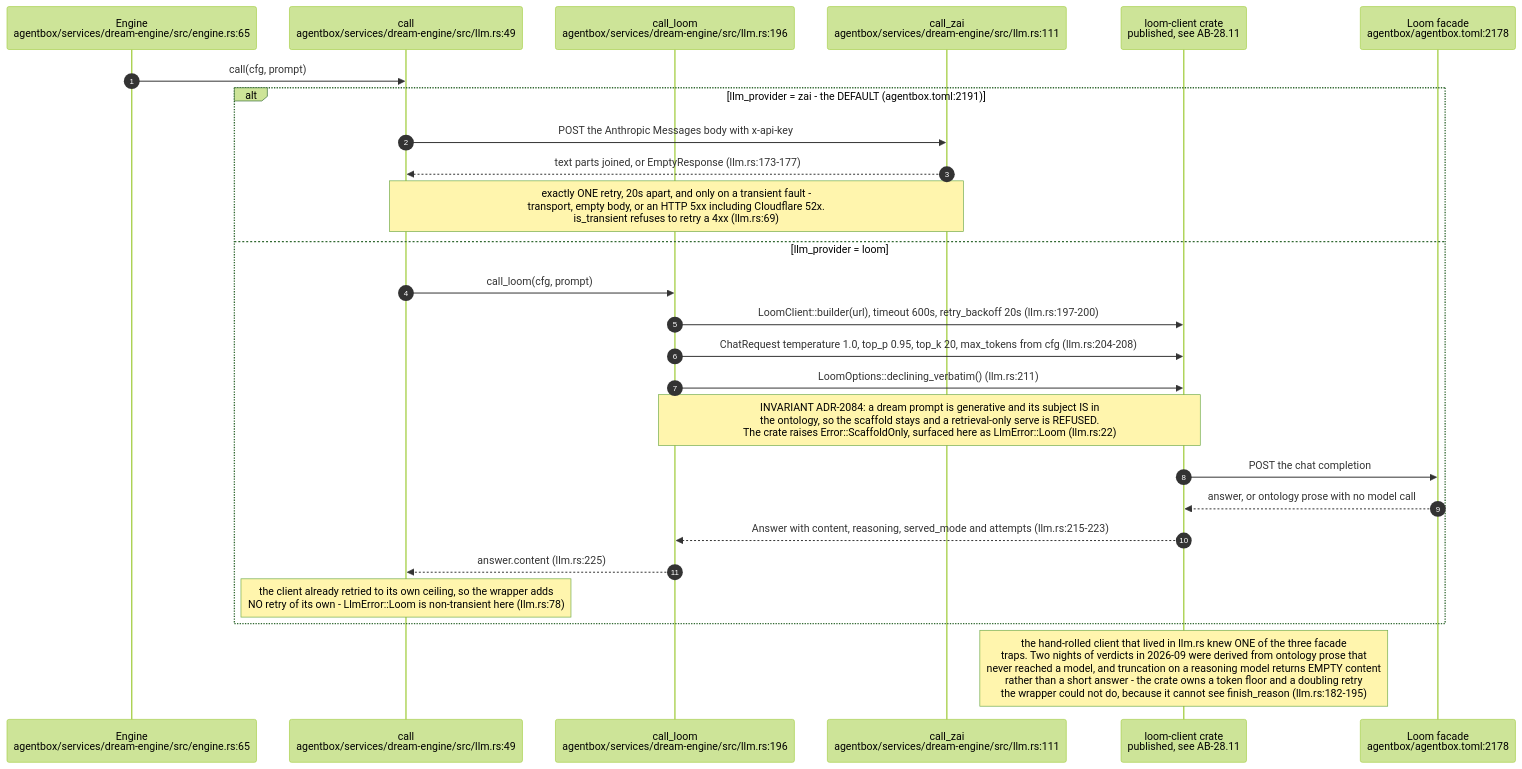
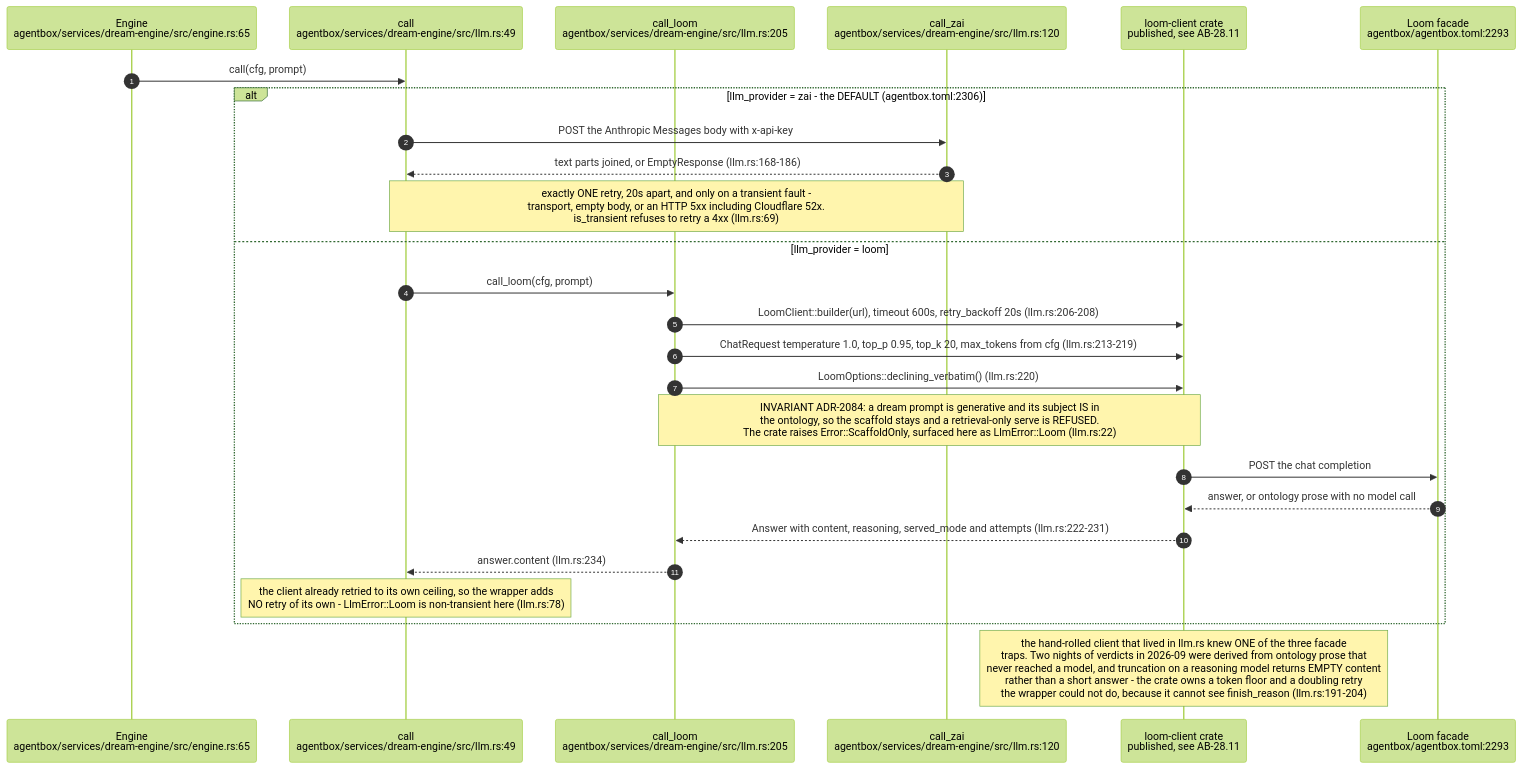
One commit to DreamLab-AI/VisionFlow changed diagram 15 of 20 in docs/diagrams/agentbox/23-dream-engine.md. Above: the diagram before and after it, drawn with Mermaid (forest theme). The commit also changed other lines of this file and 111 other files, not shown here.

Commit message:
docs(diagrams): align estate maps with current source

````diff
--- a/docs/diagrams/agentbox/23-dream-engine.md
+++ b/docs/diagrams/agentbox/23-dream-engine.md
@@ -797,29 +797,29 @@
 ```mermaid
 sequenceDiagram
     autonumber
     participant ENG as Engine<br/>agentbox/services/dream-engine/src/engine.rs:65
     participant CALL as call<br/>agentbox/services/dream-engine/src/llm.rs:49
-    participant LOOM as call_loom<br/>agentbox/services/dream-engine/src/llm.rs:196
-    participant ZAI as call_zai<br/>agentbox/services/dream-engine/src/llm.rs:111
+    participant LOOM as call_loom<br/>agentbox/services/dream-engine/src/llm.rs:205
+    participant ZAI as call_zai<br/>agentbox/services/dream-engine/src/llm.rs:120
     participant CRATE as loom-client crate<br/>published, see AB-28.11
-    participant F as Loom facade<br/>agentbox/agentbox.toml:2178
+    participant F as Loom facade<br/>agentbox/agentbox.toml:2293
 
     ENG->>CALL: call(cfg, prompt)
-    alt llm_provider = zai - the DEFAULT (agentbox.toml:2191)
+    alt llm_provider = zai - the DEFAULT (agentbox.toml:2306)
         CALL->>ZAI: POST the Anthropic Messages body with x-api-key
-        ZAI-->>CALL: text parts joined, or EmptyResponse (llm.rs:173-177)
+        ZAI-->>CALL: text parts joined, or EmptyResponse (llm.rs:168-186)
         Note over CALL,ZAI: exactly ONE retry, 20s apart, and only on a transient fault -<br/>transport, empty body, or an HTTP 5xx including Cloudflare 52x.<br/>is_transient refuses to retry a 4xx (llm.rs:69)
     else llm_provider = loom
         CALL->>LOOM: call_loom(cfg, prompt)
-        LOOM->>CRATE: LoomClient::builder(url), timeout 600s, retry_backoff 20s (llm.rs:197-200)
-        LOOM->>CRATE: ChatRequest temperature 1.0, top_p 0.95, top_k 20, max_tokens from cfg (llm.rs:204-208)
-        LOOM->>CRATE: LoomOptions::declining_verbatim() (llm.rs:211)
+        LOOM->>CRATE: LoomClient::builder(url), timeout 600s, retry_backoff 20s (llm.rs:206-208)
+        LOOM->>CRATE: ChatRequest temperature 1.0, top_p 0.95, top_k 20, max_tokens from cfg (llm.rs:213-219)
+        LOOM->>CRATE: LoomOptions::declining_verbatim() (llm.rs:220)
         Note over LOOM,CRATE: INVARIANT ADR-2084: a dream prompt is generative and its subject IS in<br/>the ontology, so the scaffold stays and a retrieval-only serve is REFUSED.<br/>The crate raises Error::ScaffoldOnly, surfaced here as LlmError::Loom (llm.rs:22)
         CRATE->>F: POST the chat completion
         F-->>CRATE: answer, or ontology prose with no model call
-        CRATE-->>LOOM: Answer with content, reasoning, served_mode and attempts (llm.rs:215-223)
-        LOOM-->>CALL: answer.content (llm.rs:225)
+        CRATE-->>LOOM: Answer with content, reasoning, served_mode and attempts (llm.rs:222-231)
+        LOOM-->>CALL: answer.content (llm.rs:234)
         Note over CALL: the client already retried to its own ceiling, so the wrapper adds<br/>NO retry of its own - LlmError::Loom is non-transient here (llm.rs:78)
     end
-    Note over CRATE: the hand-rolled client that lived in llm.rs knew ONE of the three facade<br/>traps. Two nights of verdicts in 2026-09 were derived from ontology prose that<br/>never reached a model, and truncation on a reasoning model returns EMPTY content<br/>rather than a short answer - the crate owns a token floor and a doubling retry<br/>the wrapper could not do, because it cannot see finish_reason (llm.rs:182-195)
+    Note over CRATE: the hand-rolled client that lived in llm.rs knew ONE of the three facade<br/>traps. Two nights of verdicts in 2026-09 were derived from ontology prose that<br/>never reached a model, and truncation on a reasoning model returns EMPTY content<br/>rather than a short answer - the crate owns a token floor and a doubling retry<br/>the wrapper could not do, because it cannot see finish_reason (llm.rs:191-204)
 ```
````
